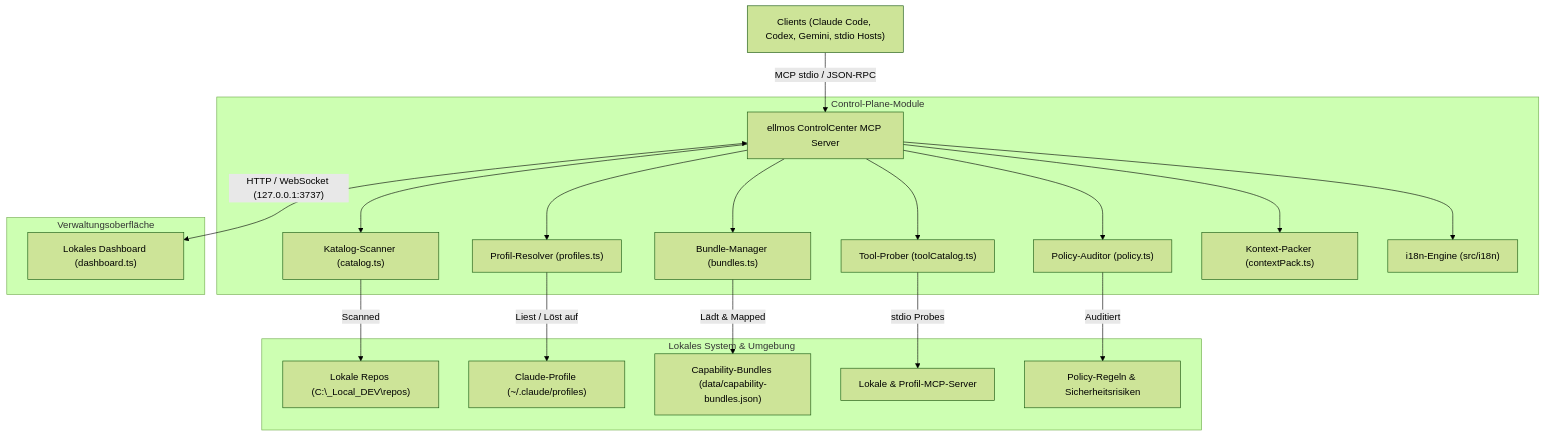
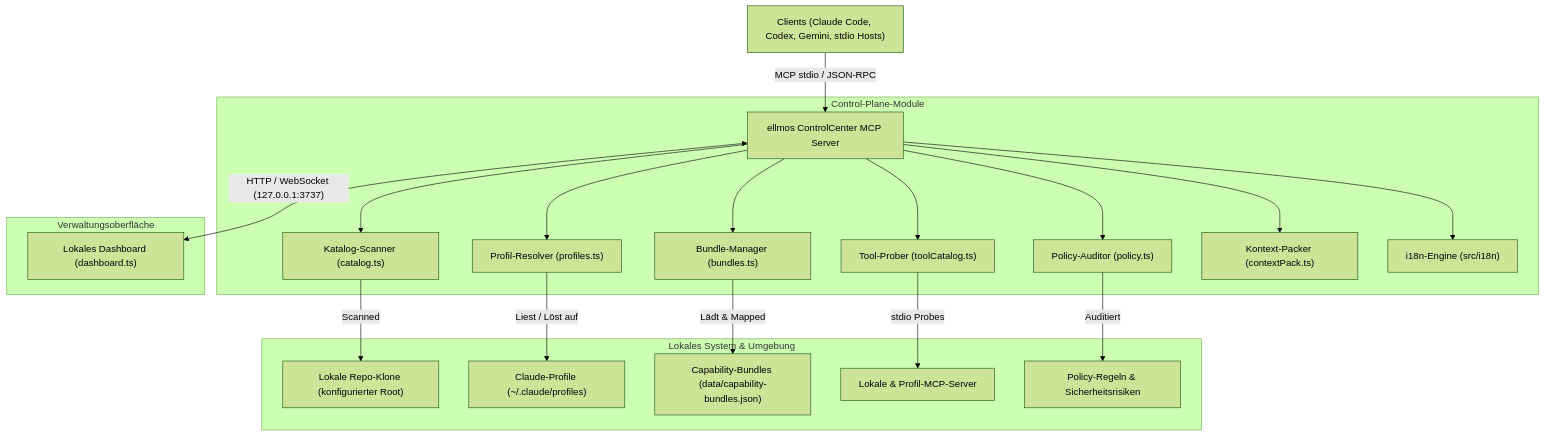
One commit to ellmos-ai/ellmos-controlcenter-mcp changed the first of 2 diagrams in README_de.md. Above: the diagram before and after it, drawn with Mermaid (forest theme). The commit also changed other lines of this file and 2 other files, not shown here.

````diff
--- a/README_de.md
+++ b/README_de.md
@@ -92,26 +92,26 @@
 ```mermaid
 graph TD
     A["Clients (Claude Code, Codex, Gemini, stdio Hosts)"] -->|MCP stdio / JSON-RPC| B["ellmos ControlCenter MCP Server"]
     
     subgraph Core ["Control-Plane-Module"]
         B --> C["Katalog-Scanner (catalog.ts)"]
         B --> D["Profil-Resolver (profiles.ts)"]
         B --> E["Bundle-Manager (bundles.ts)"]
         B --> F["Tool-Prober (toolCatalog.ts)"]
         B --> G["Policy-Auditor (policy.ts)"]
         B --> H["Kontext-Packer (contextPack.ts)"]
         B --> I["i18n-Engine (src/i18n)"]
     end
     
     subgraph Storage ["Lokales System & Umgebung"]
-        C -->|Scanned| S1["Lokale Repos (C:\_Local_DEV\repos)"]
+        C -->|Scanned| S1["Lokale Repo-Klone (konfigurierter Root)"]
         D -->|Liest / Löst auf| S2["Claude-Profile (~/.claude/profiles)"]
         E -->|Lädt & Mapped| S3["Capability-Bundles (data/capability-bundles.json)"]
         F -->|stdio Probes| S4["Lokale & Profil-MCP-Server"]
         G -->|Auditiert| S5["Policy-Regeln & Sicherheitsrisiken"]
     end
     
     subgraph UI ["Verwaltungsoberfläche"]
         B <-->|"HTTP / WebSocket (127.0.0.1:3737)"| J["Lokales Dashboard (dashboard.ts)"]
     end
 ```
````
